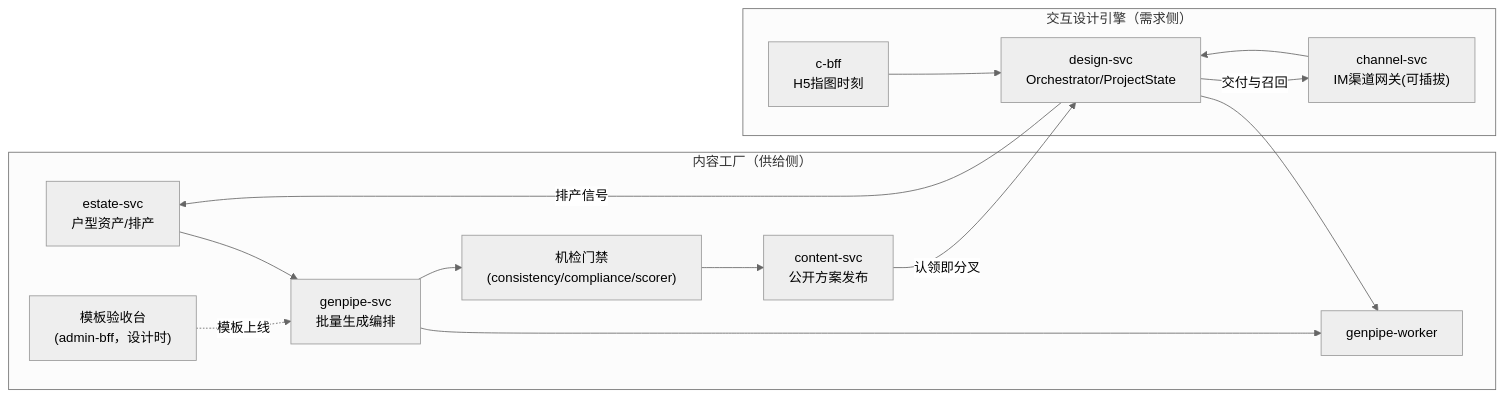
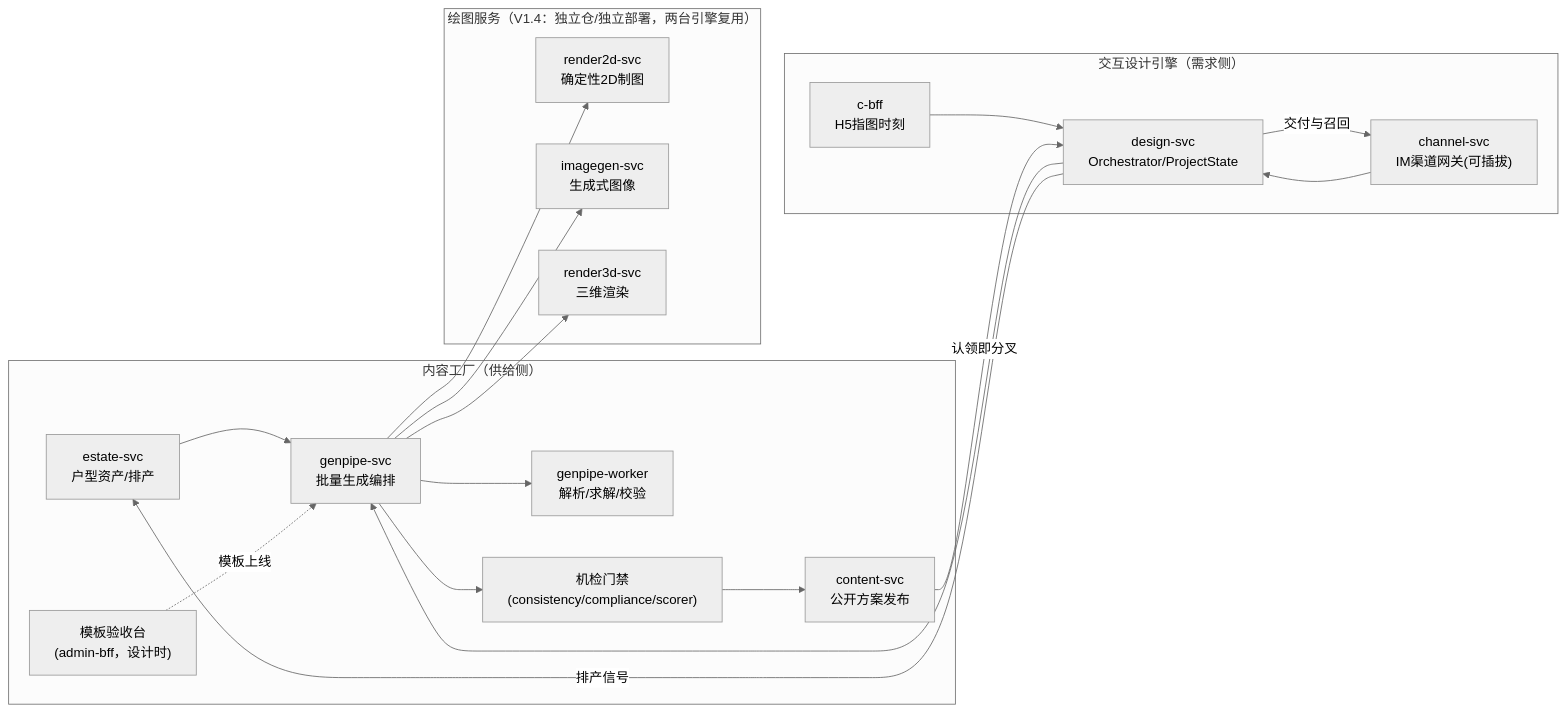
One commit to tommax-bai/ishome changed the diagram in 架构对齐-设计Agent×技术架构.md. Above: the diagram before and after it, drawn with Mermaid (neutral theme). The commit also changed other lines of this file and 2 other files, not shown here.

First line of the commit message:
docs: V1.4 裁决——绘图能力物理拆分为三个独立服务/仓库（render2d/imagegen/render3d）

````diff
--- a/架构对齐-设计Agent×技术架构.md
+++ b/架构对齐-设计Agent×技术架构.md
@@ -36,18 +36,26 @@
 ```mermaid
 flowchart LR
     subgraph supply["内容工厂（供给侧）"]
         ES["estate-svc<br/>户型资产/排产"] --> GP["genpipe-svc<br/>批量生成编排"]
-        GP --> GW["genpipe-worker"]
+        GP --> GW["genpipe-worker<br/>解析/求解/校验"]
         GP --> MC["机检门禁<br/>(consistency/compliance/scorer)"]
         MC --> CT["content-svc<br/>公开方案发布"]
         TW["模板验收台<br/>(admin-bff，设计时)"] -.模板上线.-> GP
     end
     subgraph demand["交互设计引擎（需求侧）"]
         CH["channel-svc<br/>IM渠道网关(可插拔)"] --> DS["design-svc<br/>Orchestrator/ProjectState"]
         CB["c-bff<br/>H5指图时刻"] --> DS
-        DS --> GW
+        DS --> GP
     end
+    subgraph render["绘图服务（V1.4：独立仓/独立部署，两台引擎复用）"]
+        R2["render2d-svc<br/>确定性2D制图"]
+        IG["imagegen-svc<br/>生成式图像"]
+        R3["render3d-svc<br/>三维渲染"]
+    end
+    GP --> R2
+    GP --> IG
+    GP --> R3
     CT -- "认领即分叉" --> DS
     DS -- "排产信号" --> ES
     DS -- "交付与召回" --> CH
 ```
````
